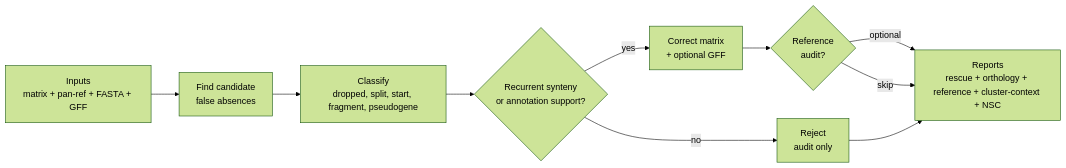
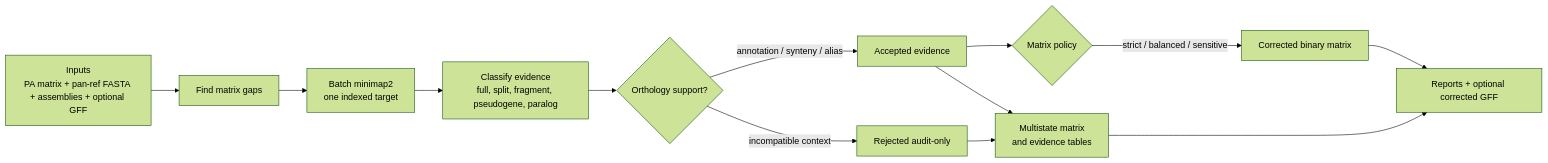
The diagram in README.md (PathoGenOmics-Lab/recore), drawn with Mermaid (forest theme) before and after one commit. The commit also changed other lines of this file, not shown here.

````diff
--- a/README.md
+++ b/README.md
@@ -27,13 +101,15 @@
 ```mermaid
 flowchart LR
-    A["Inputs<br/>matrix + pan-ref + FASTA + GFF"] --> B["Find candidate<br/>false absences"]
-    B --> C["Classify<br/>dropped, split, start, fragment, pseudogene"]
-    C --> D{"Recurrent synteny<br/>or annotation support?"}
-    D -->|yes| E["Correct matrix<br/>+ optional GFF"]
-    D -->|no| F["Reject<br/>audit only"]
-    E --> H{"Reference<br/>audit?"}
-    H -->|optional| G["Reports"]
-    H -->|skip| G
-    F --> G
-    G["Reports<br/>rescue + orthology + reference + cluster-context + NSC"]
+    A["Inputs<br/>PA matrix + pan-ref FASTA + assemblies + optional GFF"] --> B["Find matrix gaps"]
+    B --> C["Batch minimap2<br/>one indexed target"]
+    C --> D["Classify evidence<br/>full, split, fragment, pseudogene, paralog"]
+    D --> E{"Orthology support?"}
+    E -->|annotation / synteny / alias| F["Accepted evidence"]
+    E -->|incompatible context| G["Rejected audit-only"]
+    F --> H{"Matrix policy"}
+    H -->|strict / balanced / sensitive| I["Corrected binary matrix"]
+    F --> J["Multistate matrix<br/>and evidence tables"]
+    G --> J
+    I --> K["Reports + optional corrected GFF"]
+    J --> K
 ```
````
